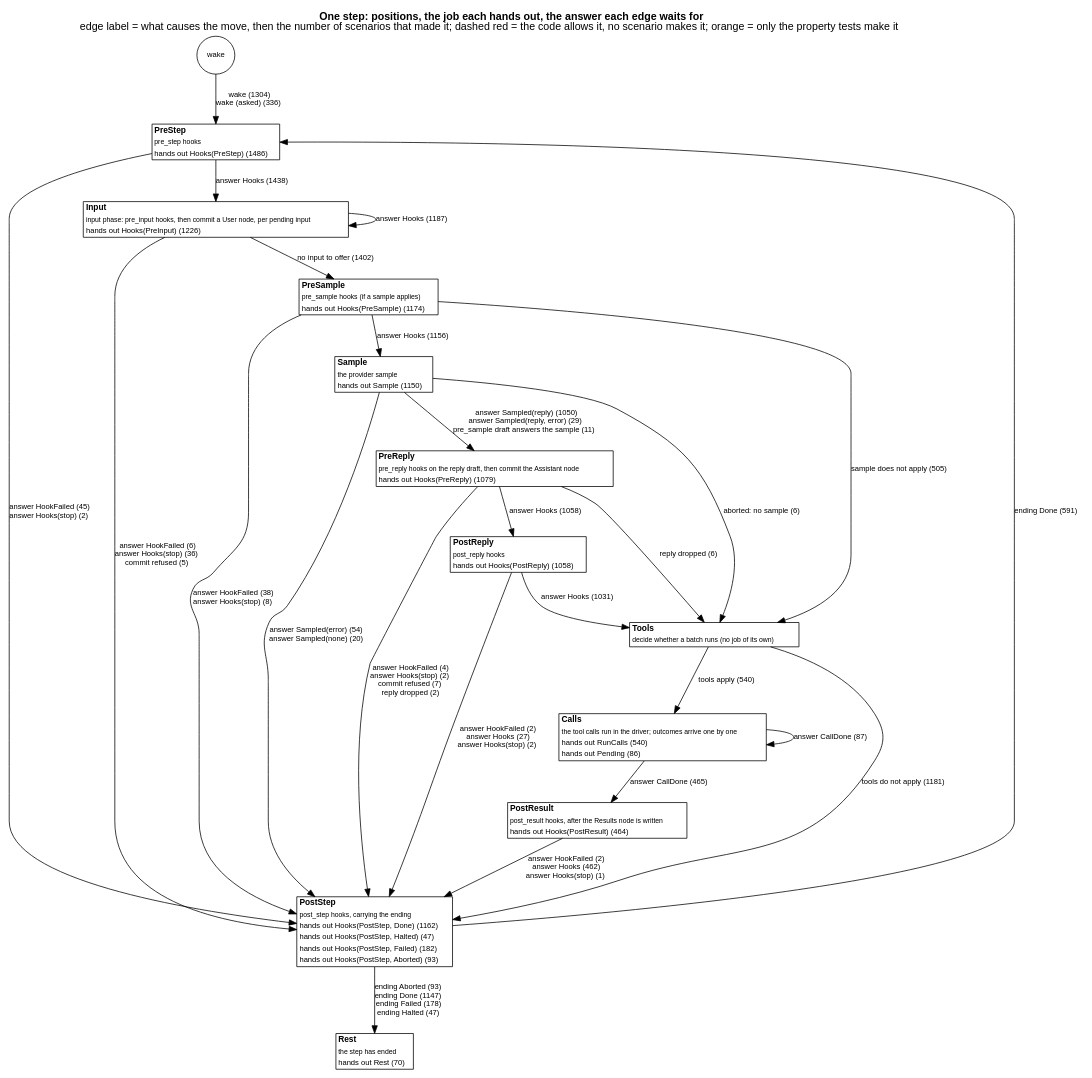
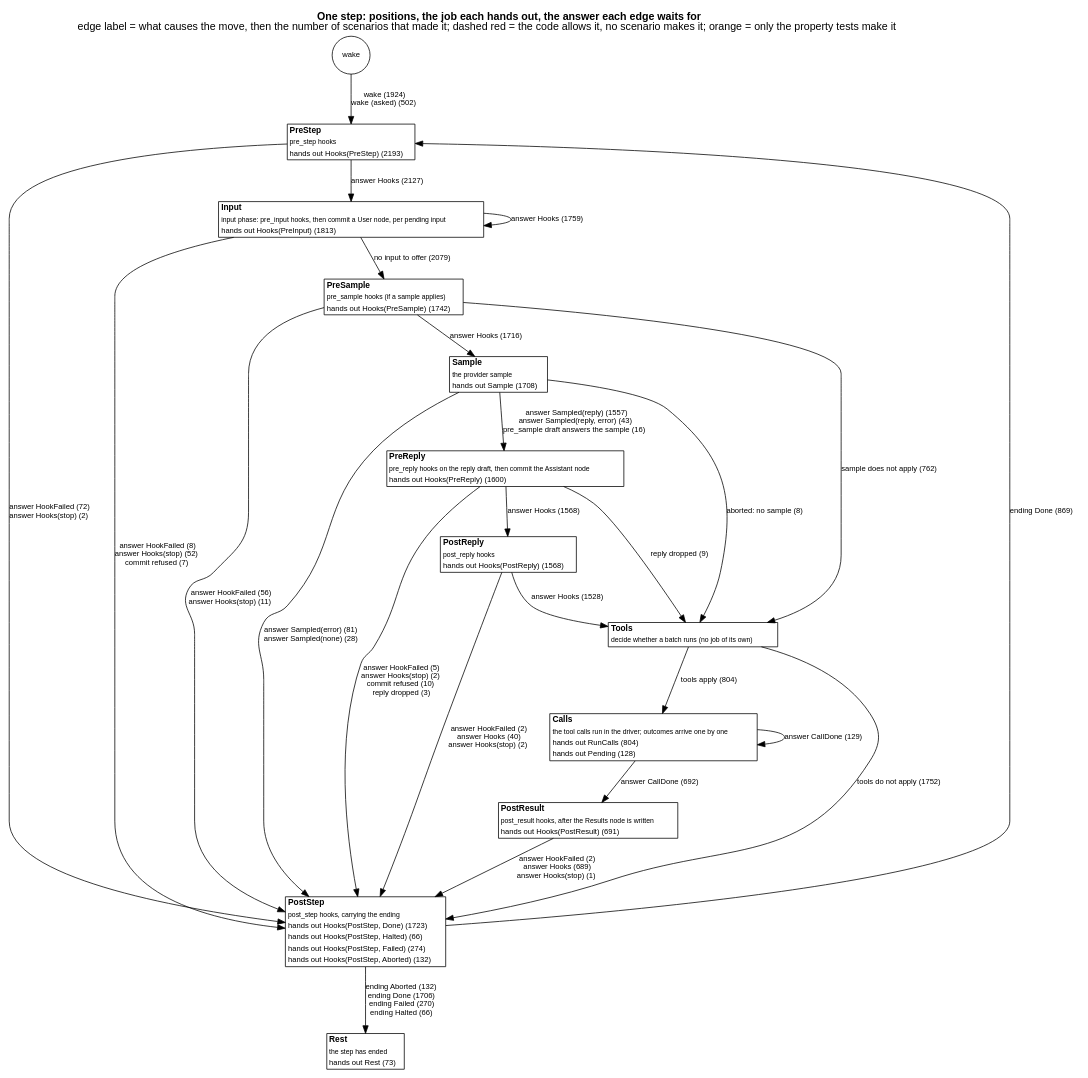
The diagram in docs/as-built/diagrams/step-positions.dot (jmccardle/tau), drawn with Graphviz before and after one commit. The commit also changed 2 other files, not shown here.

Commit message:
as-built diagrams: refreshed; the behavior suite's http mode adds its runs to the counts

```diff
--- a/docs/as-built/diagrams/step-positions.dot
+++ b/docs/as-built/diagrams/step-positions.dot
@@ -1,42 +1,42 @@
 // Generated by scripts/diagrams.sh from the test suites' transitions. Do not edit.
 digraph step_positions {
   graph [rankdir=TB, fontname="Helvetica", nodesep=0.5, ranksep=0.6, labelloc=t, label=<<b>One step: positions, the job each hands out, the answer each edge waits for</b><br/>edge label = what causes the move, then the number of scenarios that made it; dashed red = the code allows it, no scenario makes it; orange = only the property tests make it>];
   node [shape=plain, fontname="Helvetica", fontsize=11];
   edge [fontname="Helvetica", fontsize=10];
   "(wake)" [shape=circle, label="wake", fontsize=10];
-  "PreStep" [label=<<table border="1" cellborder="0" cellspacing="0" bgcolor="white"><tr><td align="left"><b>PreStep</b></td></tr><tr><td align="left"><font point-size="9">pre_step hooks</font></td></tr><tr><td align="left"><font color="black" point-size="10">hands out Hooks(PreStep) (1486)</font></td></tr></table>>];
-  "Input" [label=<<table border="1" cellborder="0" cellspacing="0" bgcolor="white"><tr><td align="left"><b>Input</b></td></tr><tr><td align="left"><font point-size="9">input phase: pre_input hooks, then commit a User node, per pending input</font></td></tr><tr><td align="left"><font color="black" point-size="10">hands out Hooks(PreInput) (1226)</font></td></tr></table>>];
-  "PreSample" [label=<<table border="1" cellborder="0" cellspacing="0" bgcolor="white"><tr><td align="left"><b>PreSample</b></td></tr><tr><td align="left"><font point-size="9">pre_sample hooks (if a sample applies)</font></td></tr><tr><td align="left"><font color="black" point-size="10">hands out Hooks(PreSample) (1174)</font></td></tr></table>>];
-  "Sample" [label=<<table border="1" cellborder="0" cellspacing="0" bgcolor="white"><tr><td align="left"><b>Sample</b></td></tr><tr><td align="left"><font point-size="9">the provider sample</font></td></tr><tr><td align="left"><font color="black" point-size="10">hands out Sample (1150)</font></td></tr></table>>];
-  "PreReply" [label=<<table border="1" cellborder="0" cellspacing="0" bgcolor="white"><tr><td align="left"><b>PreReply</b></td></tr><tr><td align="left"><font point-size="9">pre_reply hooks on the reply draft, then commit the Assistant node</font></td></tr><tr><td align="left"><font color="black" point-size="10">hands out Hooks(PreReply) (1079)</font></td></tr></table>>];
-  "PostReply" [label=<<table border="1" cellborder="0" cellspacing="0" bgcolor="white"><tr><td align="left"><b>PostReply</b></td></tr><tr><td align="left"><font point-size="9">post_reply hooks</font></td></tr><tr><td align="left"><font color="black" point-size="10">hands out Hooks(PostReply) (1058)</font></td></tr></table>>];
+  "PreStep" [label=<<table border="1" cellborder="0" cellspacing="0" bgcolor="white"><tr><td align="left"><b>PreStep</b></td></tr><tr><td align="left"><font point-size="9">pre_step hooks</font></td></tr><tr><td align="left"><font color="black" point-size="10">hands out Hooks(PreStep) (2193)</font></td></tr></table>>];
+  "Input" [label=<<table border="1" cellborder="0" cellspacing="0" bgcolor="white"><tr><td align="left"><b>Input</b></td></tr><tr><td align="left"><font point-size="9">input phase: pre_input hooks, then commit a User node, per pending input</font></td></tr><tr><td align="left"><font color="black" point-size="10">hands out Hooks(PreInput) (1813)</font></td></tr></table>>];
+  "PreSample" [label=<<table border="1" cellborder="0" cellspacing="0" bgcolor="white"><tr><td align="left"><b>PreSample</b></td></tr><tr><td align="left"><font point-size="9">pre_sample hooks (if a sample applies)</font></td></tr><tr><td align="left"><font color="black" point-size="10">hands out Hooks(PreSample) (1742)</font></td></tr></table>>];
+  "Sample" [label=<<table border="1" cellborder="0" cellspacing="0" bgcolor="white"><tr><td align="left"><b>Sample</b></td></tr><tr><td align="left"><font point-size="9">the provider sample</font></td></tr><tr><td align="left"><font color="black" point-size="10">hands out Sample (1708)</font></td></tr></table>>];
+  "PreReply" [label=<<table border="1" cellborder="0" cellspacing="0" bgcolor="white"><tr><td align="left"><b>PreReply</b></td></tr><tr><td align="left"><font point-size="9">pre_reply hooks on the reply draft, then commit the Assistant node</font></td></tr><tr><td align="left"><font color="black" point-size="10">hands out Hooks(PreReply) (1600)</font></td></tr></table>>];
+  "PostReply" [label=<<table border="1" cellborder="0" cellspacing="0" bgcolor="white"><tr><td align="left"><b>PostReply</b></td></tr><tr><td align="left"><font point-size="9">post_reply hooks</font></td></tr><tr><td align="left"><font color="black" point-size="10">hands out Hooks(PostReply) (1568)</font></td></tr></table>>];
   "Tools" [label=<<table border="1" cellborder="0" cellspacing="0" bgcolor="white"><tr><td align="left"><b>Tools</b></td></tr><tr><td align="left"><font point-size="9">decide whether a batch runs (no job of its own)</font></td></tr></table>>];
-  "Calls" [label=<<table border="1" cellborder="0" cellspacing="0" bgcolor="white"><tr><td align="left"><b>Calls</b></td></tr><tr><td align="left"><font point-size="9">the tool calls run in the driver; outcomes arrive one by one</font></td></tr><tr><td align="left"><font color="black" point-size="10">hands out RunCalls (540)</font></td></tr><tr><td align="left"><font color="black" point-size="10">hands out Pending (86)</font></td></tr></table>>];
-  "PostResult" [label=<<table border="1" cellborder="0" cellspacing="0" bgcolor="white"><tr><td align="left"><b>PostResult</b></td></tr><tr><td align="left"><font point-size="9">post_result hooks, after the Results node is written</font></td></tr><tr><td align="left"><font color="black" point-size="10">hands out Hooks(PostResult) (464)</font></td></tr></table>>];
-  "PostStep" [label=<<table border="1" cellborder="0" cellspacing="0" bgcolor="white"><tr><td align="left"><b>PostStep</b></td></tr><tr><td align="left"><font point-size="9">post_step hooks, carrying the ending</font></td></tr><tr><td align="left"><font color="black" point-size="10">hands out Hooks(PostStep, Done) (1162)</font></td></tr><tr><td align="left"><font color="black" point-size="10">hands out Hooks(PostStep, Halted) (47)</font></td></tr><tr><td align="left"><font color="black" point-size="10">hands out Hooks(PostStep, Failed) (182)</font></td></tr><tr><td align="left"><font color="black" point-size="10">hands out Hooks(PostStep, Aborted) (93)</font></td></tr></table>>];
-  "Rest" [label=<<table border="1" cellborder="0" cellspacing="0" bgcolor="white"><tr><td align="left"><b>Rest</b></td></tr><tr><td align="left"><font point-size="9">the step has ended</font></td></tr><tr><td align="left"><font color="black" point-size="10">hands out Rest (70)</font></td></tr></table>>];
-  "(wake)" -> "PreStep" [label=<wake (1304)<br/>wake (asked) (336)>, color="black", style=solid];
-  "Calls" -> "Calls" [label=<answer CallDone (87)>, color="black", style=solid];
-  "Calls" -> "PostResult" [label=<answer CallDone (465)>, color="black", style=solid];
-  "Input" -> "Input" [label=<answer Hooks (1187)>, color="black", style=solid];
-  "Input" -> "PostStep" [label=<answer HookFailed (6)<br/>answer Hooks(stop) (36)<br/>commit refused (5)>, color="black", style=solid];
-  "Input" -> "PreSample" [label=<no input to offer (1402)>, color="black", style=solid];
-  "PostReply" -> "PostStep" [label=<answer HookFailed (2)<br/>answer Hooks (27)<br/>answer Hooks(stop) (2)>, color="black", style=solid];
-  "PostReply" -> "Tools" [label=<answer Hooks (1031)>, color="black", style=solid];
-  "PostResult" -> "PostStep" [label=<answer HookFailed (2)<br/>answer Hooks (462)<br/>answer Hooks(stop) (1)>, color="black", style=solid];
-  "PostStep" -> "PreStep" [label=<ending Done (591)>, color="black", style=solid];
-  "PostStep" -> "Rest" [label=<ending Aborted (93)<br/>ending Done (1147)<br/>ending Failed (178)<br/>ending Halted (47)>, color="black", style=solid];
-  "PreReply" -> "PostReply" [label=<answer Hooks (1058)>, color="black", style=solid];
-  "PreReply" -> "PostStep" [label=<answer HookFailed (4)<br/>answer Hooks(stop) (2)<br/>commit refused (7)<br/>reply dropped (2)>, color="black", style=solid];
-  "PreReply" -> "Tools" [label=<reply dropped (6)>, color="black", style=solid];
-  "PreSample" -> "PostStep" [label=<answer HookFailed (38)<br/>answer Hooks(stop) (8)>, color="black", style=solid];
-  "PreSample" -> "Sample" [label=<answer Hooks (1156)>, color="black", style=solid];
-  "PreSample" -> "Tools" [label=<sample does not apply (505)>, color="black", style=solid];
-  "PreStep" -> "Input" [label=<answer Hooks (1438)>, color="black", style=solid];
-  "PreStep" -> "PostStep" [label=<answer HookFailed (45)<br/>answer Hooks(stop) (2)>, color="black", style=solid];
-  "Sample" -> "PostStep" [label=<answer Sampled(error) (54)<br/>answer Sampled(none) (20)>, color="black", style=solid];
-  "Sample" -> "PreReply" [label=<answer Sampled(reply) (1050)<br/>answer Sampled(reply, error) (29)<br/>pre_sample draft answers the sample (11)>, color="black", style=solid];
-  "Sample" -> "Tools" [label=<aborted: no sample (6)>, color="black", style=solid];
-  "Tools" -> "Calls" [label=<tools apply (540)>, color="black", style=solid];
-  "Tools" -> "PostStep" [label=<tools do not apply (1181)>, color="black", style=solid];
+  "Calls" [label=<<table border="1" cellborder="0" cellspacing="0" bgcolor="white"><tr><td align="left"><b>Calls</b></td></tr><tr><td align="left"><font point-size="9">the tool calls run in the driver; outcomes arrive one by one</font></td></tr><tr><td align="left"><font color="black" point-size="10">hands out RunCalls (804)</font></td></tr><tr><td align="left"><font color="black" point-size="10">hands out Pending (128)</font></td></tr></table>>];
+  "PostResult" [label=<<table border="1" cellborder="0" cellspacing="0" bgcolor="white"><tr><td align="left"><b>PostResult</b></td></tr><tr><td align="left"><font point-size="9">post_result hooks, after the Results node is written</font></td></tr><tr><td align="left"><font color="black" point-size="10">hands out Hooks(PostResult) (691)</font></td></tr></table>>];
+  "PostStep" [label=<<table border="1" cellborder="0" cellspacing="0" bgcolor="white"><tr><td align="left"><b>PostStep</b></td></tr><tr><td align="left"><font point-size="9">post_step hooks, carrying the ending</font></td></tr><tr><td align="left"><font color="black" point-size="10">hands out Hooks(PostStep, Done) (1723)</font></td></tr><tr><td align="left"><font color="black" point-size="10">hands out Hooks(PostStep, Halted) (66)</font></td></tr><tr><td align="left"><font color="black" point-size="10">hands out Hooks(PostStep, Failed) (274)</font></td></tr><tr><td align="left"><font color="black" point-size="10">hands out Hooks(PostStep, Aborted) (132)</font></td></tr></table>>];
+  "Rest" [label=<<table border="1" cellborder="0" cellspacing="0" bgcolor="white"><tr><td align="left"><b>Rest</b></td></tr><tr><td align="left"><font point-size="9">the step has ended</font></td></tr><tr><td align="left"><font color="black" point-size="10">hands out Rest (73)</font></td></tr></table>>];
+  "(wake)" -> "PreStep" [label=<wake (1924)<br/>wake (asked) (502)>, color="black", style=solid];
+  "Calls" -> "Calls" [label=<answer CallDone (129)>, color="black", style=solid];
+  "Calls" -> "PostResult" [label=<answer CallDone (692)>, color="black", style=solid];
+  "Input" -> "Input" [label=<answer Hooks (1759)>, color="black", style=solid];
+  "Input" -> "PostStep" [label=<answer HookFailed (8)<br/>answer Hooks(stop) (52)<br/>commit refused (7)>, color="black", style=solid];
+  "Input" -> "PreSample" [label=<no input to offer (2079)>, color="black", style=solid];
+  "PostReply" -> "PostStep" [label=<answer HookFailed (2)<br/>answer Hooks (40)<br/>answer Hooks(stop) (2)>, color="black", style=solid];
+  "PostReply" -> "Tools" [label=<answer Hooks (1528)>, color="black", style=solid];
+  "PostResult" -> "PostStep" [label=<answer HookFailed (2)<br/>answer Hooks (689)<br/>answer Hooks(stop) (1)>, color="black", style=solid];
+  "PostStep" -> "PreStep" [label=<ending Done (869)>, color="black", style=solid];
+  "PostStep" -> "Rest" [label=<ending Aborted (132)<br/>ending Done (1706)<br/>ending Failed (270)<br/>ending Halted (66)>, color="black", style=solid];
+  "PreReply" -> "PostReply" [label=<answer Hooks (1568)>, color="black", style=solid];
+  "PreReply" -> "PostStep" [label=<answer HookFailed (5)<br/>answer Hooks(stop) (2)<br/>commit refused (10)<br/>reply dropped (3)>, color="black", style=solid];
+  "PreReply" -> "Tools" [label=<reply dropped (9)>, color="black", style=solid];
+  "PreSample" -> "PostStep" [label=<answer HookFailed (56)<br/>answer Hooks(stop) (11)>, color="black", style=solid];
+  "PreSample" -> "Sample" [label=<answer Hooks (1716)>, color="black", style=solid];
+  "PreSample" -> "Tools" [label=<sample does not apply (762)>, color="black", style=solid];
+  "PreStep" -> "Input" [label=<answer Hooks (2127)>, color="black", style=solid];
+  "PreStep" -> "PostStep" [label=<answer HookFailed (72)<br/>answer Hooks(stop) (2)>, color="black", style=solid];
+  "Sample" -> "PostStep" [label=<answer Sampled(error) (81)<br/>answer Sampled(none) (28)>, color="black", style=solid];
+  "Sample" -> "PreReply" [label=<answer Sampled(reply) (1557)<br/>answer Sampled(reply, error) (43)<br/>pre_sample draft answers the sample (16)>, color="black", style=solid];
+  "Sample" -> "Tools" [label=<aborted: no sample (8)>, color="black", style=solid];
+  "Tools" -> "Calls" [label=<tools apply (804)>, color="black", style=solid];
+  "Tools" -> "PostStep" [label=<tools do not apply (1752)>, color="black", style=solid];
 }
```
